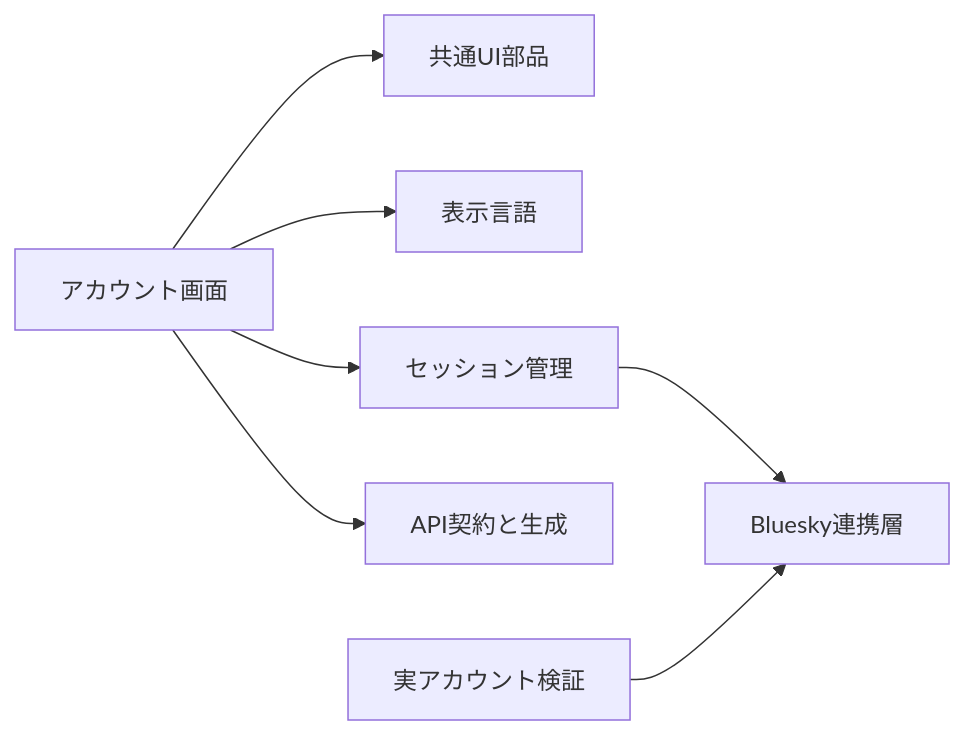
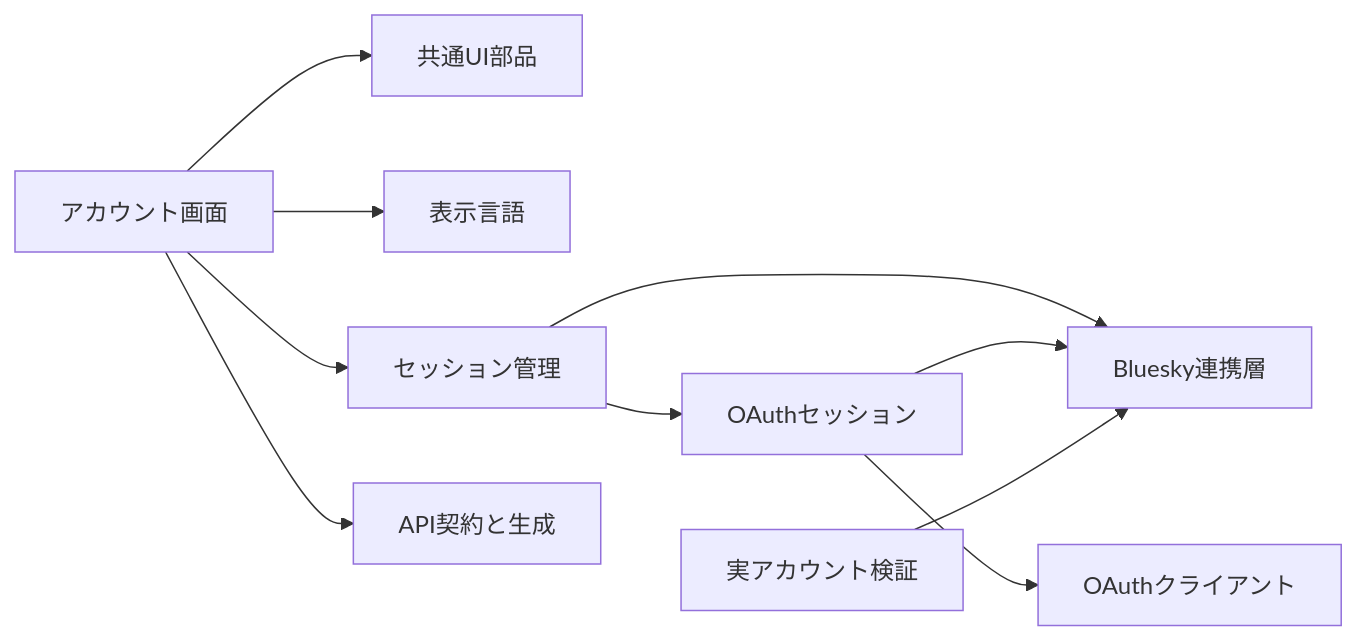
Before and after one commit to nekono-dev/skyshare: the first of 5 diagrams in docs/architecture/account-api.md, drawn with Mermaid. The commit also changed other lines of this file and 19 other files, not shown here.

````diff
--- a/docs/architecture/account-api.md
+++ b/docs/architecture/account-api.md
@@ -28,9 +31,12 @@
 ```mermaid
 flowchart LR
   account["アカウント画面"] --> ui["共通UI部品"]
   account --> i18n["表示言語"]
   account --> session["セッション管理"]
   account --> contract["API契約と生成"]
   session --> atproto["Bluesky連携層"]
+  session --> oauthSession["OAuthセッション"]
+  oauthSession --> oauthClient["OAuthクライアント"]
+  oauthSession --> atproto
   live["実アカウント検証"] --> atproto
 ```
````
